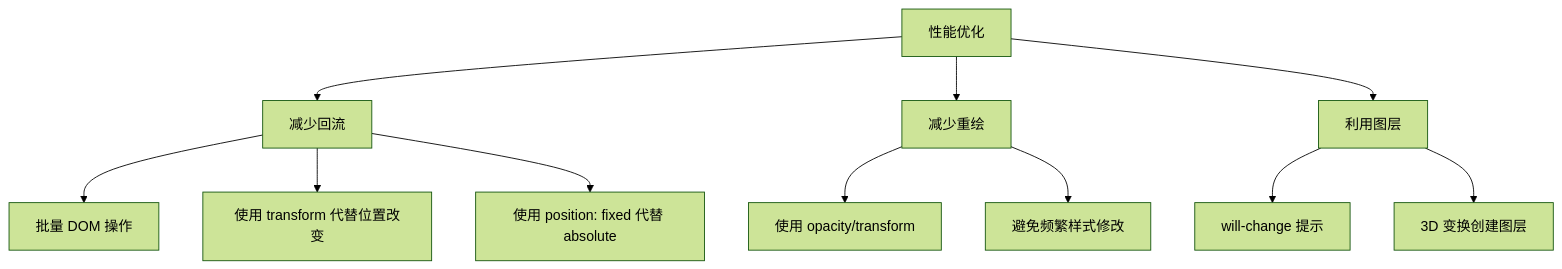
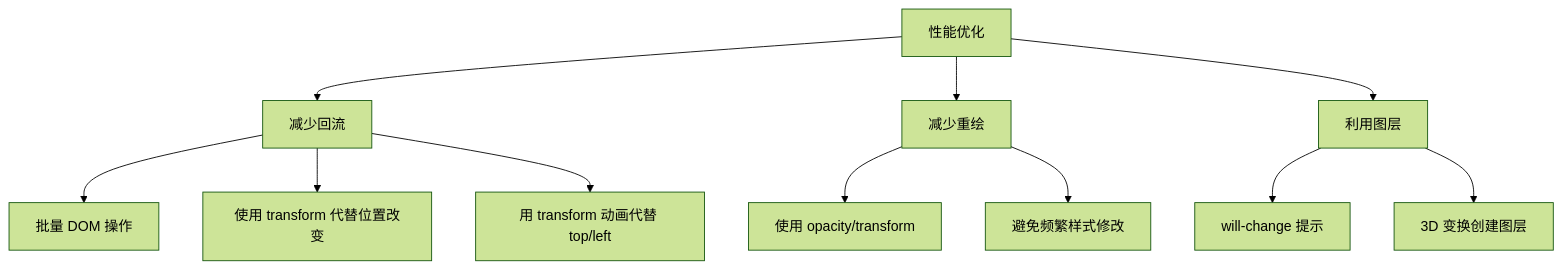
One commit to before80/prgms changed the seventh of 7 diagrams in content/Js/basic/Chapter-24-Browser-Principles.md. Above: the diagram before and after it, drawn with Mermaid (forest theme). The commit also changed other lines of this file and 1645 other files, not shown here.

````diff
--- a/content/Js/basic/Chapter-24-Browser-Principles.md
+++ b/content/Js/basic/Chapter-24-Browser-Principles.md
@@ -469,16 +583,16 @@
 ```mermaid
 graph TD
     A["性能优化"] --> B["减少回流"]
     A --> C["减少重绘"]
     A --> D["利用图层"]
     
     B --> B1["批量 DOM 操作"]
     B --> B2["使用 transform 代替位置改变"]
-    B --> B3["使用 position: fixed 代替 absolute"]
+    B --> B3["用 transform 动画代替 top/left"]
     
     C --> C1["使用 opacity/transform"]
     C --> C2["避免频繁样式修改"]
     
     D --> D1["will-change 提示"]
     D --> D2["3D 变换创建图层"]
 ```
````
